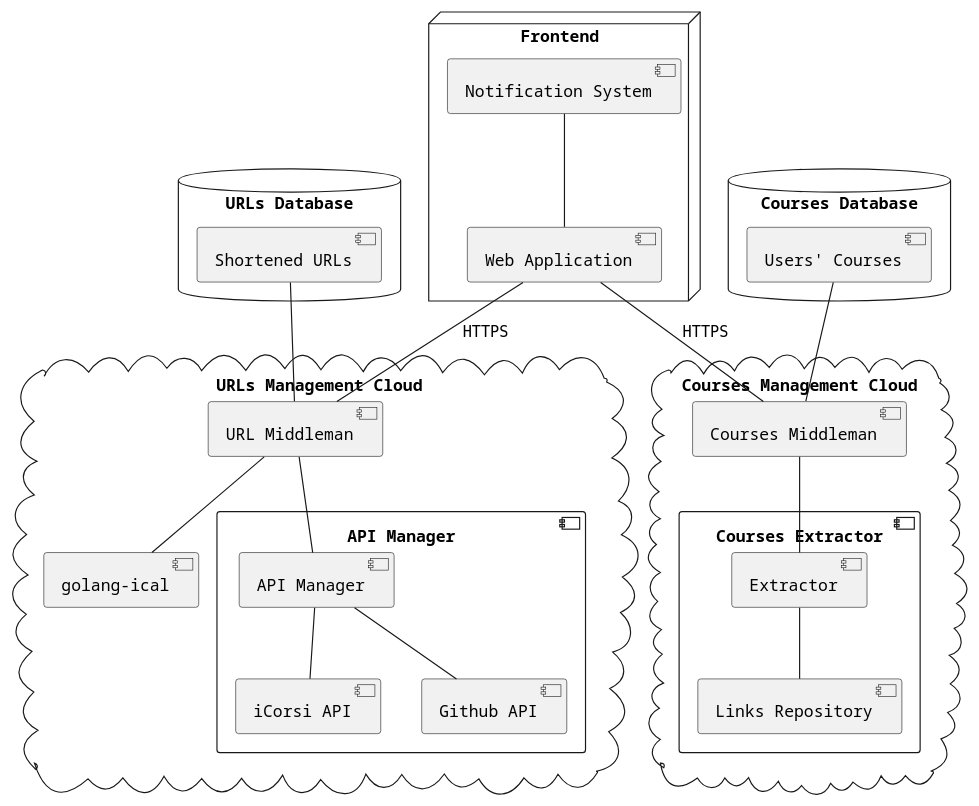
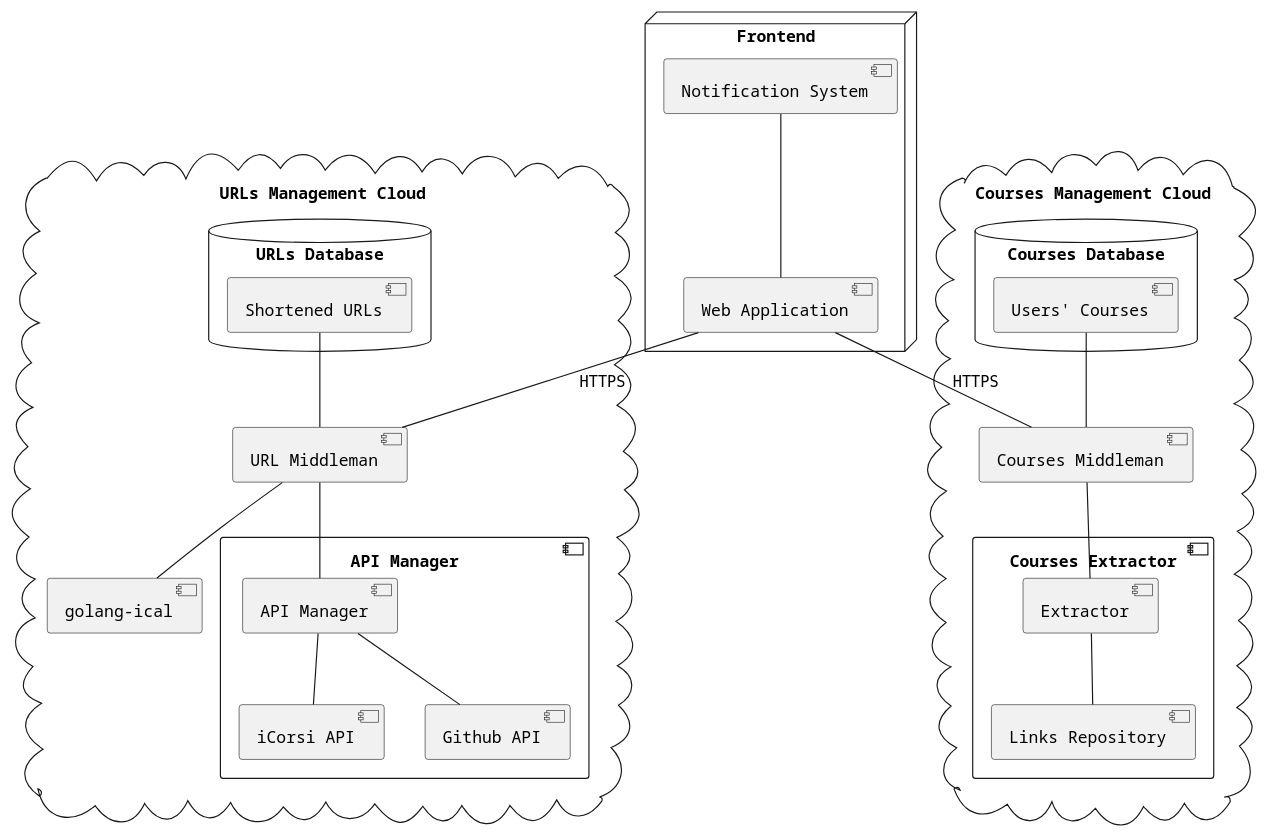
One commit to USI-MSDE-SA-2023/sa--edoriggio changed diagram 32 of 32 in src/sa/model/index.md. Above: the diagram before and after it, drawn with PlantUML.

Commit message:
placed dbs inside of respective cloud

````diff
--- a/src/sa/model/index.md
+++ b/src/sa/model/index.md
@@ -1991,57 +1991,57 @@
 ```puml
 @startuml
 node "Frontend" {
     [Web Application] as WAPP
     [Notification System] as NS
     
     NS -- WAPP
-}
-
-database "URLs Database" {
-    [Shortened URLs] as URLS
-}
-
-database "Courses Database" {
-    [Users' Courses] as COURSES
 }
 
 cloud "URLs Management Cloud" {
     [URL Middleman] as URL
     [golang-ical] as ICAL
 
     component "API Manager" {
         [API Manager] as API
         [iCorsi API] as ICAPI
         [Github API] as GHAPI
         
         API -- ICAPI
         API -- GHAPI
+    }
+    
+    database "URLs Database" {
+        [Shortened URLs] as URLS
     }
     
     URL -- API
     URL -- ICAL
     URLS -- URL
 }
 
 cloud "Courses Management Cloud" {
     [Courses Middleman] as CMM
 
     component "Courses Extractor" {
         [Extractor] as EXT
         [Links Repository] as REPO
         
         EXT -- REPO
     }
     
+    database "Courses Database" {
+        [Users' Courses] as COURSES
+    }
+    
     CMM -- EXT
     COURSES -- CMM
 }
 
 WAPP -- URL : "HTTPS"
 WAPP -- CMM : "HTTPS"
 
 skinparam monochrome true
 skinparam shadowing false
 skinparam defaultFontName Courier
 @enduml
 ```
````
